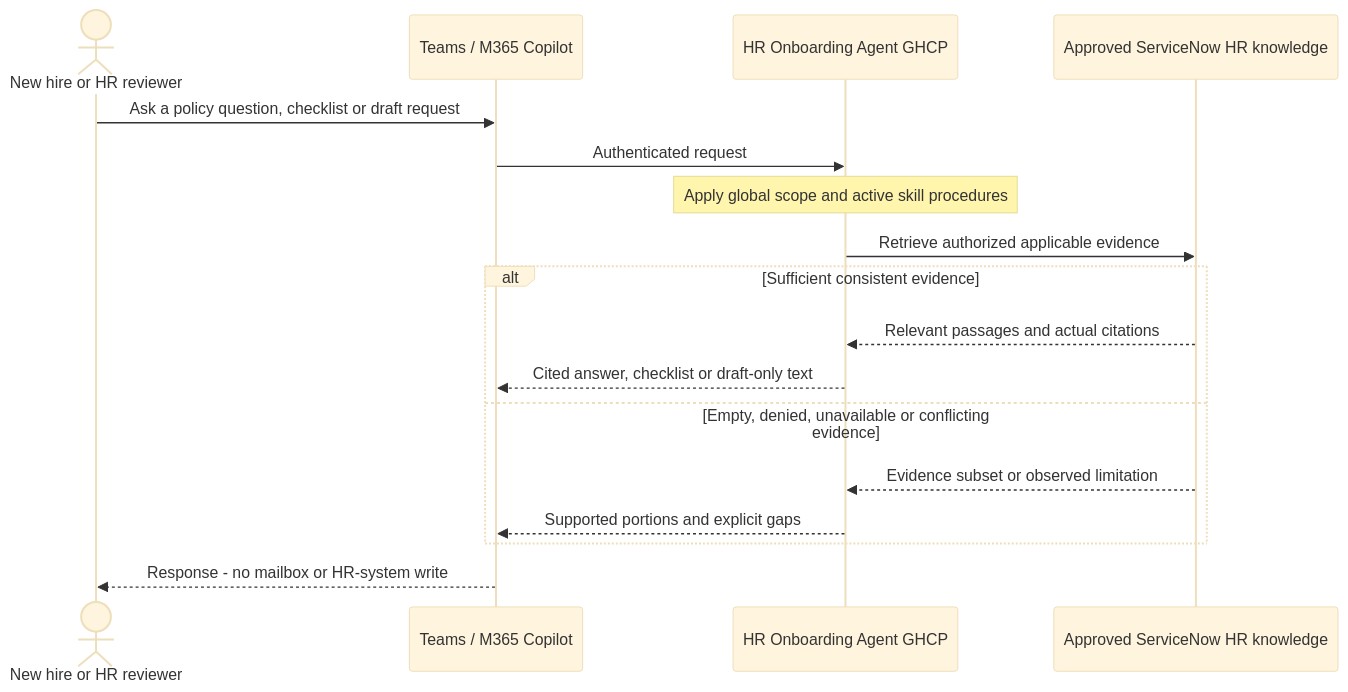
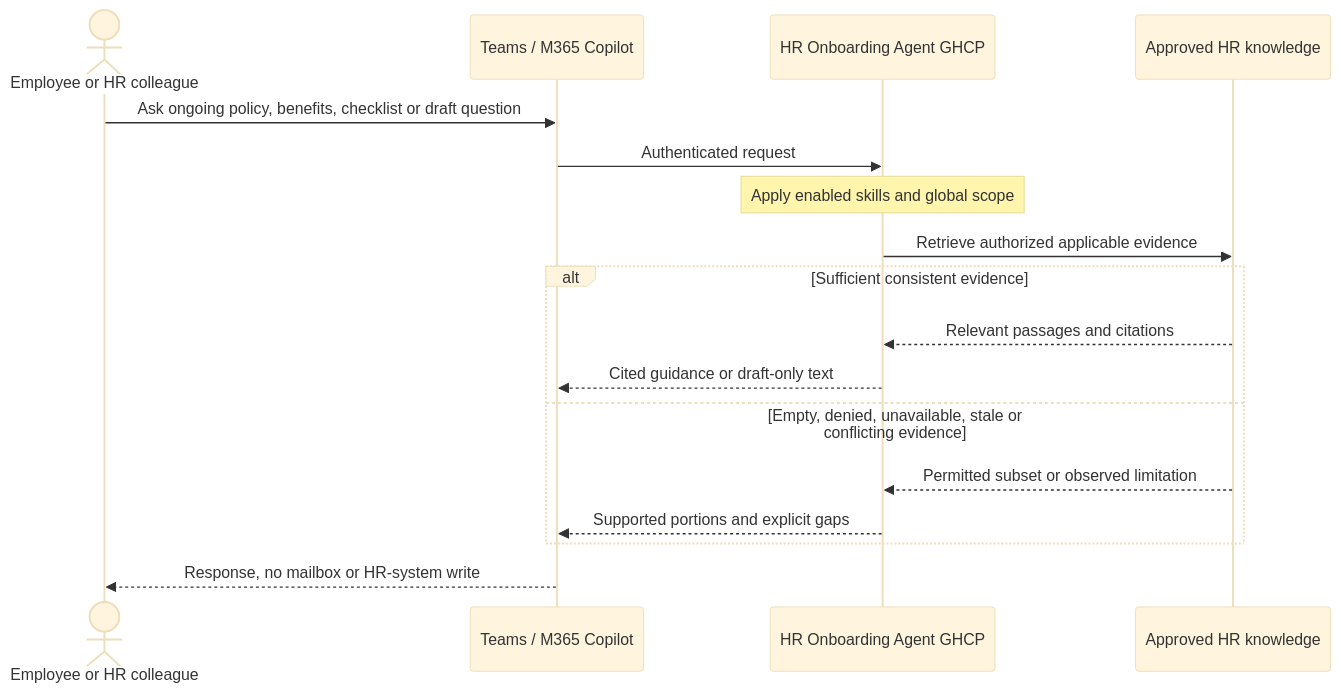
One commit to petepuu/ai-agent-runbooks changed the second of 3 diagrams in 01-scenarios/HR-Onboarding-Agent-GHCP/2.Architecture.md. Above: the diagram before and after it, drawn with Mermaid (base theme). The commit also changed other lines of this file and 13 other files, not shown here.

````diff
--- a/01-scenarios/HR-Onboarding-Agent-GHCP/2.Architecture.md
+++ b/01-scenarios/HR-Onboarding-Agent-GHCP/2.Architecture.md
@@ -95,19 +109,19 @@
 ```mermaid
 sequenceDiagram
-    actor User as New hire or HR reviewer
+    actor User as Employee or HR colleague
     participant Channel as Teams / M365 Copilot
     participant Agent as HR Onboarding Agent GHCP
-    participant KB as Approved ServiceNow HR knowledge
-    User->>Channel: Ask a policy question, checklist or draft request
+    participant KB as Approved HR knowledge
+    User->>Channel: Ask ongoing policy, benefits, checklist or draft question
     Channel->>Agent: Authenticated request
-    Note over Agent: Apply global scope and active skill procedures
+    Note over Agent: Apply enabled skills and global scope
     Agent->>KB: Retrieve authorized applicable evidence
     alt Sufficient consistent evidence
-        KB-->>Agent: Relevant passages and actual citations
-        Agent-->>Channel: Cited answer, checklist or draft-only text
-    else Empty, denied, unavailable or conflicting evidence
-        KB-->>Agent: Evidence subset or observed limitation
+        KB-->>Agent: Relevant passages and citations
+        Agent-->>Channel: Cited guidance or draft-only text
+    else Empty, denied, unavailable, stale or conflicting evidence
+        KB-->>Agent: Permitted subset or observed limitation
         Agent-->>Channel: Supported portions and explicit gaps
     end
-    Channel-->>User: Response - no mailbox or HR-system write
+    Channel-->>User: Response, no mailbox or HR-system write
 ```
````
